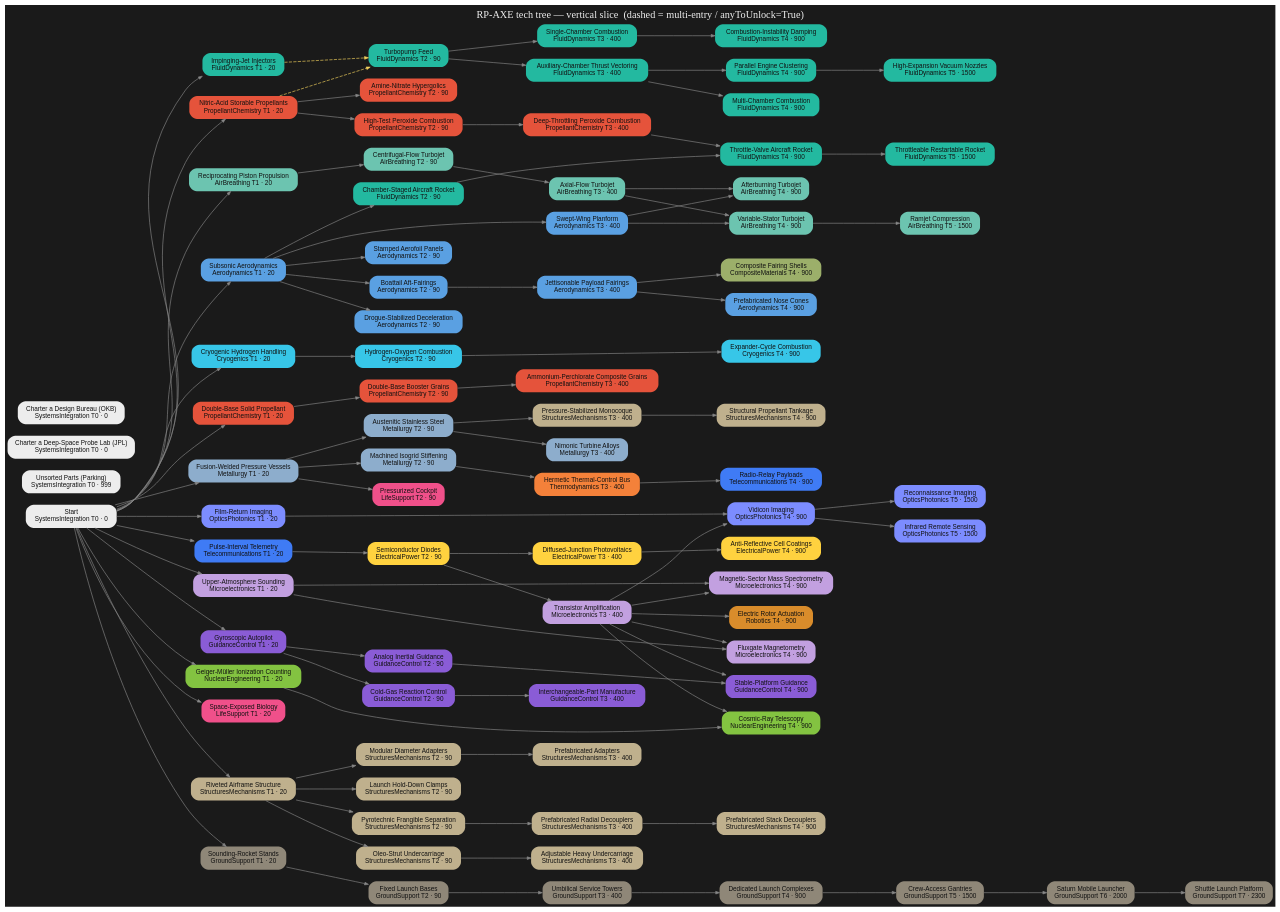
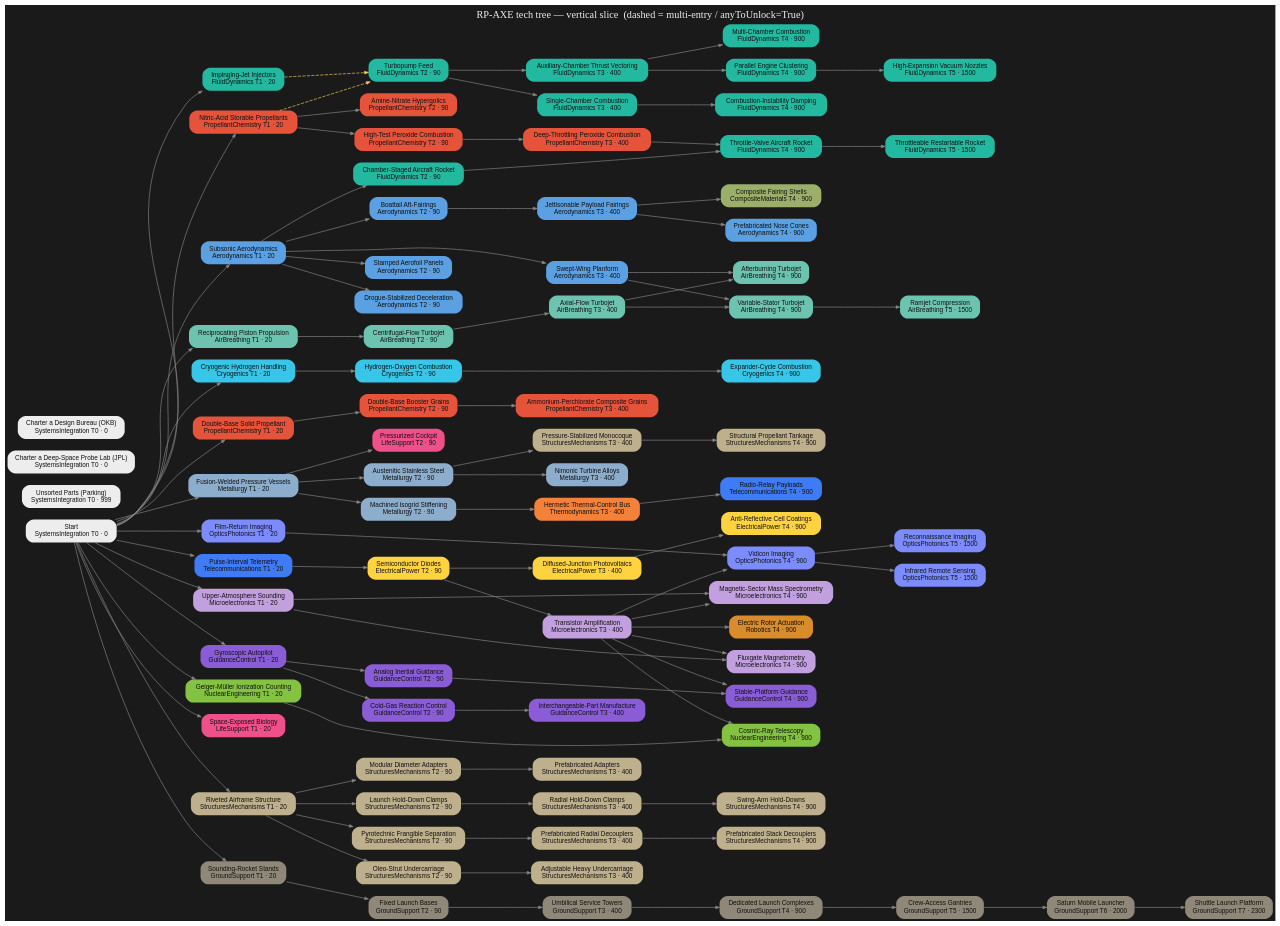
Before and after one commit to miskoltrans/RP-AXE: the diagram in tree/render/axe-tree.dot, drawn with Graphviz. The commit also changed 6 other files, not shown here.

First line of the commit message:
tree(band1): unravel launch clamps into a 3-tier hold-down progression

```diff
--- a/tree/render/axe-tree.dot
+++ b/tree/render/axe-tree.dot
@@ -76,6 +76,8 @@
   "str_standardDecouplers" [label="Prefabricated Stack Decouplers\nStructuresMechanisms T4 · 900",fillcolor="#bfb08d",fontcolor="#111111"];
   "tel_appSatellites" [label="Radio-Relay Payloads\nTelecommunications T4 · 900",fillcolor="#3f7bf5",fontcolor="#111111"];
   "gs_launchClamps" [label="Launch Hold-Down Clamps\nStructuresMechanisms T2 · 90",fillcolor="#bfb08d",fontcolor="#111111"];
+  "gs_radialClamps" [label="Radial Hold-Down Clamps\nStructuresMechanisms T3 · 400",fillcolor="#bfb08d",fontcolor="#111111"];
+  "gs_holdDownArms" [label="Swing-Arm Hold-Downs\nStructuresMechanisms T4 · 900",fillcolor="#bfb08d",fontcolor="#111111"];
   "gs_soundingStands" [label="Sounding-Rocket Stands\nGroundSupport T1 · 20",fillcolor="#8f8778",fontcolor="#111111"];
   "gs_launchBases" [label="Fixed Launch Bases\nGroundSupport T2 · 90",fillcolor="#8f8778",fontcolor="#111111"];
   "gs_serviceTowers" [label="Umbilical Service Towers\nGroundSupport T3 · 400",fillcolor="#8f8778",fontcolor="#111111"];
@@ -90,8 +92,8 @@
   { rank=same; "start" "parking" "hire_JPL" "hire_OKB" }
   { rank=same; "pc_storables" "cryo_hydrogen" "pc_doubleBaseSolid" "fd_injectors" "met_weldedTank" "tel_telemetry" "opt_filmReturn" "nuc_geiger" "bio_cultures" "mic_atmoSounding" "aero_subsonicWing" "str_structuralHardware" "gnc_postWarAvionics" "prop_recipEngine" "gs_soundingStands" }
   { rank=same; "fd_turbopumpFeed" "cryo_hydroloxPrototype" "pc_doubleBaseBooster" "pc_hypergolics" "pc_htp" "met_stainlessSteel" "met_isogrid" "str_staging" "elec_semiconductorDiode" "gnc_rcs" "aero_recovery" "str_landingGear" "av_centrifugalJet" "fd_rocketplaneRocket" "gnc_avionicsPrototypes" "aero_stampedWings" "aero_boattail" "str_diameterAdapters" "life_pilotedCockpits" "gs_launchClamps" "gs_launchBases" }
-  { rank=same; "fd_singleChamber" "fd_verniers" "pc_compositeSolid" "pc_stentor" "met_nimonic" "str_balloonTank" "aero_fairings" "th_hermeticBus" "elec_transistor" "elec_siliconPV" "str_adjustableGear" "av_axialJet" "aero_supersonicWing" "gnc_standardRCS" "str_prefabAdapters" "str_radialDecouplers" "gs_serviceTowers" }
-  { rank=same; "fd_largeChamber" "fd_orbitalSoviet" "fd_orbitalMultiChamber" "cryo_expanderCycle" "rob_rotorActuation" "opt_vidicon" "mic_massSpec" "mic_magnetometer" "av_afterburner" "av_variableStator" "fd_throttleableRocketplane" "gnc_earlyAvionics" "str_serviceModuleTank" "cmp_compositeFairings" "elec_arCoatings" "str_standardDecouplers" "tel_appSatellites" "gs_dedicatedComplexes" "aero_prefabNoseCones" "nuc_cosmicRay" }
+  { rank=same; "fd_singleChamber" "fd_verniers" "pc_compositeSolid" "pc_stentor" "met_nimonic" "str_balloonTank" "aero_fairings" "th_hermeticBus" "elec_transistor" "elec_siliconPV" "str_adjustableGear" "av_axialJet" "aero_supersonicWing" "gnc_standardRCS" "str_prefabAdapters" "str_radialDecouplers" "gs_radialClamps" "gs_serviceTowers" }
+  { rank=same; "fd_largeChamber" "fd_orbitalSoviet" "fd_orbitalMultiChamber" "cryo_expanderCycle" "rob_rotorActuation" "opt_vidicon" "mic_massSpec" "mic_magnetometer" "av_afterburner" "av_variableStator" "fd_throttleableRocketplane" "gnc_earlyAvionics" "str_serviceModuleTank" "cmp_compositeFairings" "elec_arCoatings" "str_standardDecouplers" "tel_appSatellites" "gs_holdDownArms" "gs_dedicatedComplexes" "aero_prefabNoseCones" "nuc_cosmicRay" }
   { rank=same; "fd_matureOrbital" "av_ramjet" "fd_throttlingRocket" "gs_crewGantries" "opt_recon" "opt_remoteSensing" }
   { rank=same; "gs_saturnPad" }
   { rank=same; "gs_shuttlePad" }
@@ -173,6 +175,8 @@
   "str_radialDecouplers" -> "str_standardDecouplers" [style=solid];
   "th_hermeticBus" -> "tel_appSatellites" [style=solid];
   "str_structuralHardware" -> "gs_launchClamps" [style=solid];
+  "gs_launchClamps" -> "gs_radialClamps" [style=solid];
+  "gs_radialClamps" -> "gs_holdDownArms" [style=solid];
   "start" -> "gs_soundingStands" [style=solid];
   "gs_soundingStands" -> "gs_launchBases" [style=solid];
   "gs_launchBases" -> "gs_serviceTowers" [style=solid];
```
